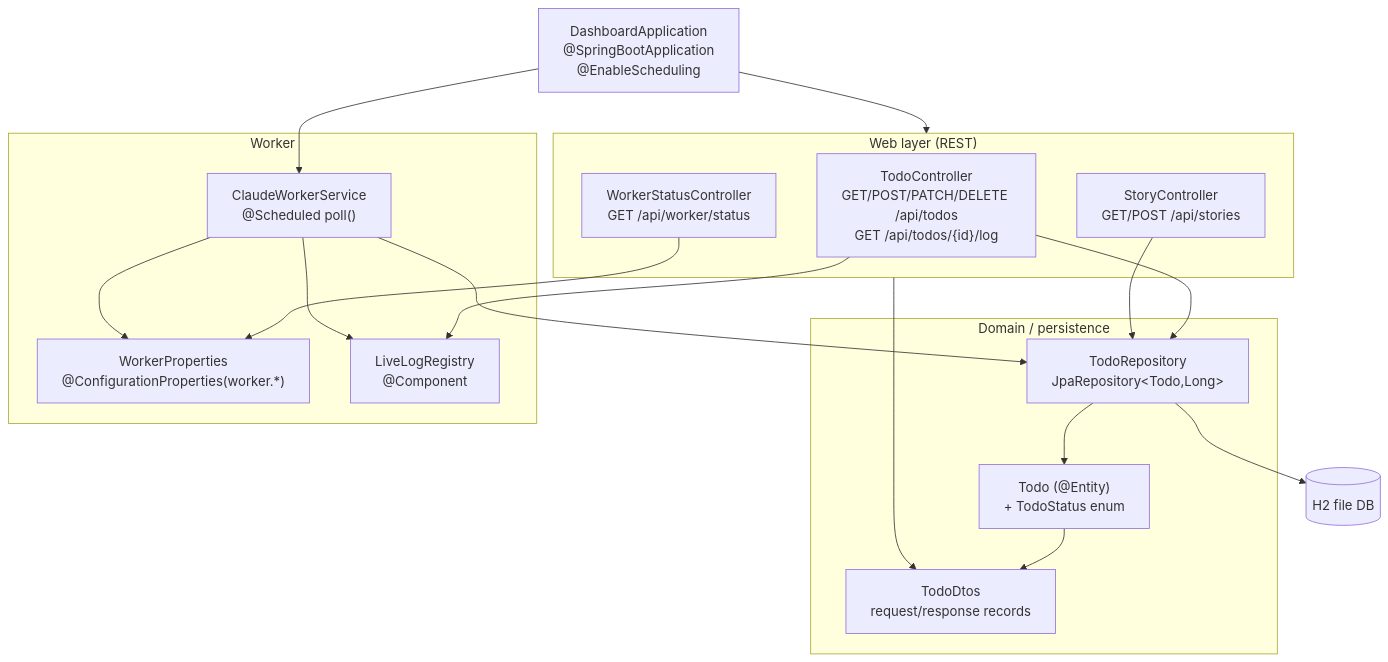
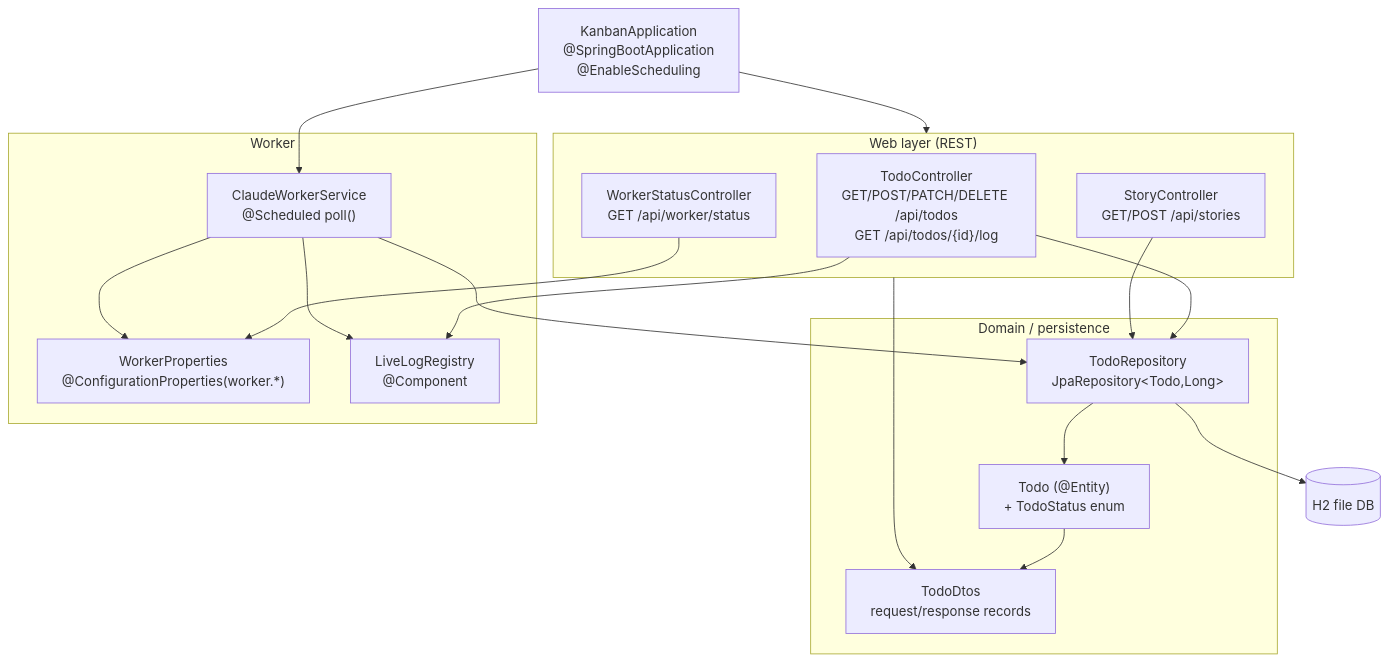
Before and after one commit to luxianlong/AI-Kanban: the second of 6 diagrams in docs/architecture.md, drawn with Mermaid. The commit also changed other lines of this file and 24 other files, not shown here.

First line of the commit message:
Rename the Dashboard app to Kanban (package, artifacts, UI, docs)

````diff
--- a/docs/architecture.md
+++ b/docs/architecture.md
@@ -74,38 +74,38 @@
 ```mermaid
 flowchart TB
-    app["DashboardApplication<br/>@SpringBootApplication<br/>@EnableScheduling"]
+    app["KanbanApplication<br/>@SpringBootApplication<br/>@EnableScheduling"]
 
     subgraph web["Web layer (REST)"]
         todoCtl["TodoController<br/>GET/POST/PATCH/DELETE /api/todos<br/>GET /api/todos/{id}/log"]
         storyCtl["StoryController<br/>GET/POST /api/stories"]
         workerCtl["WorkerStatusController<br/>GET /api/worker/status"]
     end
 
     subgraph domain["Domain / persistence"]
         entity["Todo (@Entity)<br/>+ TodoStatus enum"]
         dtos["TodoDtos<br/>request/response records"]
         repo["TodoRepository<br/>JpaRepository&lt;Todo,Long&gt;"]
     end
 
     subgraph workerpkg["Worker"]
         worker["ClaudeWorkerService<br/>@Scheduled poll()"]
         props["WorkerProperties<br/>@ConfigurationProperties(worker.*)"]
         livelog["LiveLogRegistry<br/>@Component"]
     end
 
     db[("H2 file DB")]
 
     app --> web
     app --> worker
     todoCtl --> repo
     todoCtl --> livelog
     storyCtl --> repo
     workerCtl --> props
     worker --> repo
     worker --> props
     worker --> livelog
     repo --> entity
     repo --> db
     web --> dtos
     entity --> dtos
 ```
````
